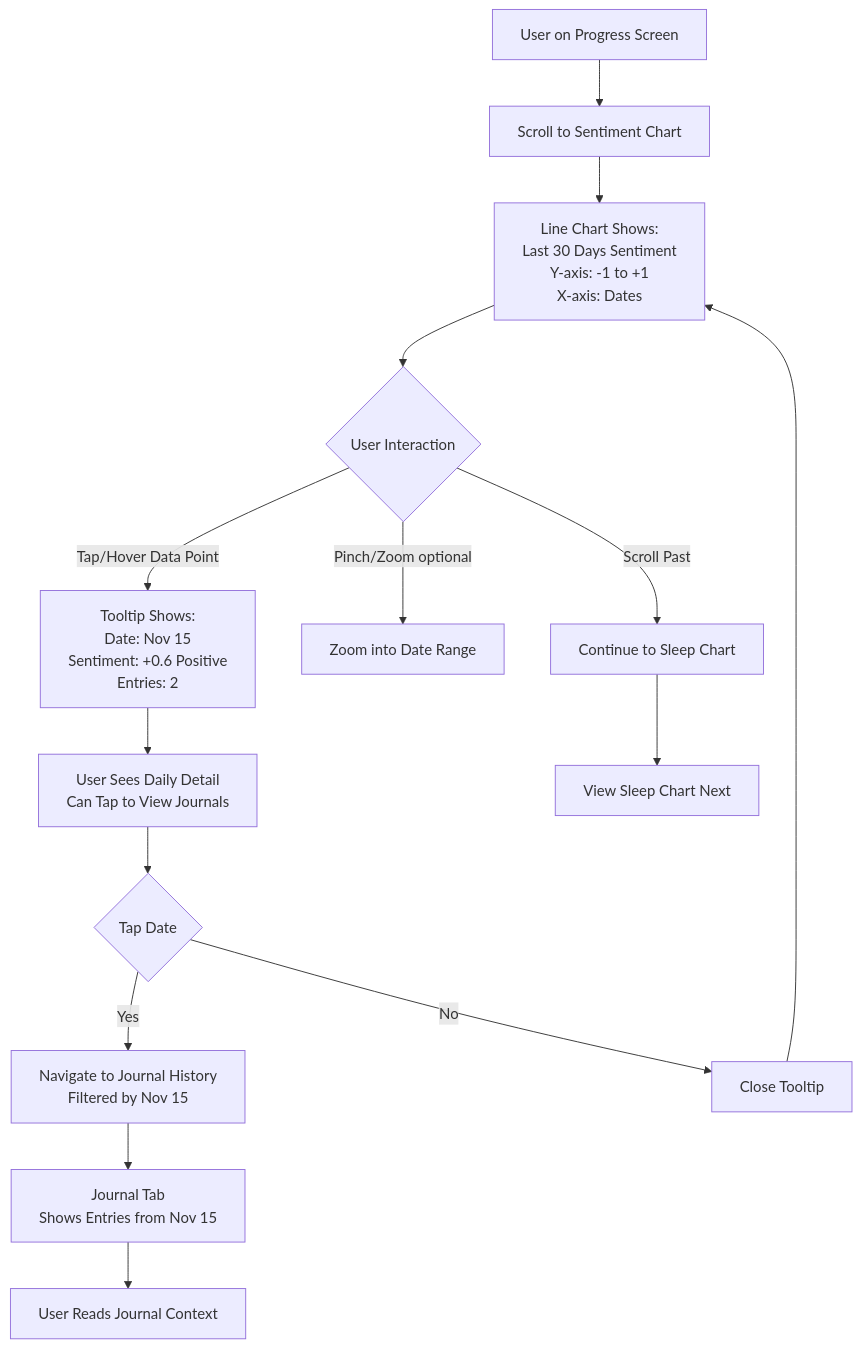
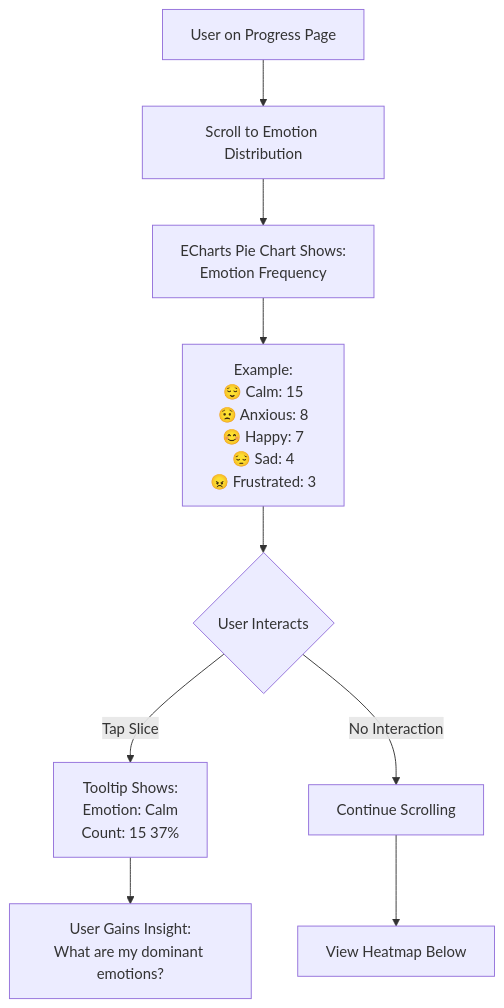
The third of 6 diagrams in feature-design/07. Progress/01-PROGRESS-FLOWS.md (Nhatdien/tranquara_frontend), drawn with Mermaid before and after one commit. The commit also changed other lines of this file and 9 other files, not shown here.

````diff
--- a/feature-design/07. Progress/01-PROGRESS-FLOWS.md
+++ b/feature-design/07. Progress/01-PROGRESS-FLOWS.md
@@ -180,21 +73,14 @@
 ```mermaid
 flowchart TD
-    A[User on Progress Screen] --> B[Scroll to Sentiment Chart]
-    B --> C[Line Chart Shows:<br/>Last 30 Days Sentiment<br/>Y-axis: -1 to +1<br/>X-axis: Dates]
+    A[User on Progress Page] --> B[Scroll to Emotion Distribution]
+    B --> C[ECharts Pie Chart Shows:<br/>Emotion Frequency]
     
-    C --> D{User Interaction}
-    D -->|Tap/Hover Data Point| E[Tooltip Shows:<br/>Date: Nov 15<br/>Sentiment: +0.6 Positive<br/>Entries: 2]
-    D -->|Pinch/Zoom optional| F[Zoom into Date Range]
-    D -->|Scroll Past| G[Continue to Sleep Chart]
+    C --> D[Example:<br/>😌 Calm: 15<br/>😟 Anxious: 8<br/>😊 Happy: 7<br/>😔 Sad: 4<br/>😠 Frustrated: 3]
     
-    E --> H[User Sees Daily Detail<br/>Can Tap to View Journals]
-    H --> I{Tap Date}
-    I -->|Yes| J[Navigate to Journal History<br/>Filtered by Nov 15]
-    I -->|No| K[Close Tooltip]
+    D --> E{User Interacts}
+    E -->|Tap Slice| F[Tooltip Shows:<br/>Emotion: Calm<br/>Count: 15 37%]
+    E -->|No Interaction| G[Continue Scrolling]
     
-    J --> L[Journal Tab<br/>Shows Entries from Nov 15]
-    L --> M[User Reads Journal Context]
-    
-    K --> C
-    G --> N[View Sleep Chart Next]
+    F --> H[User Gains Insight:<br/>What are my dominant emotions?]
+    G --> I[View Heatmap Below]
 ```
````
